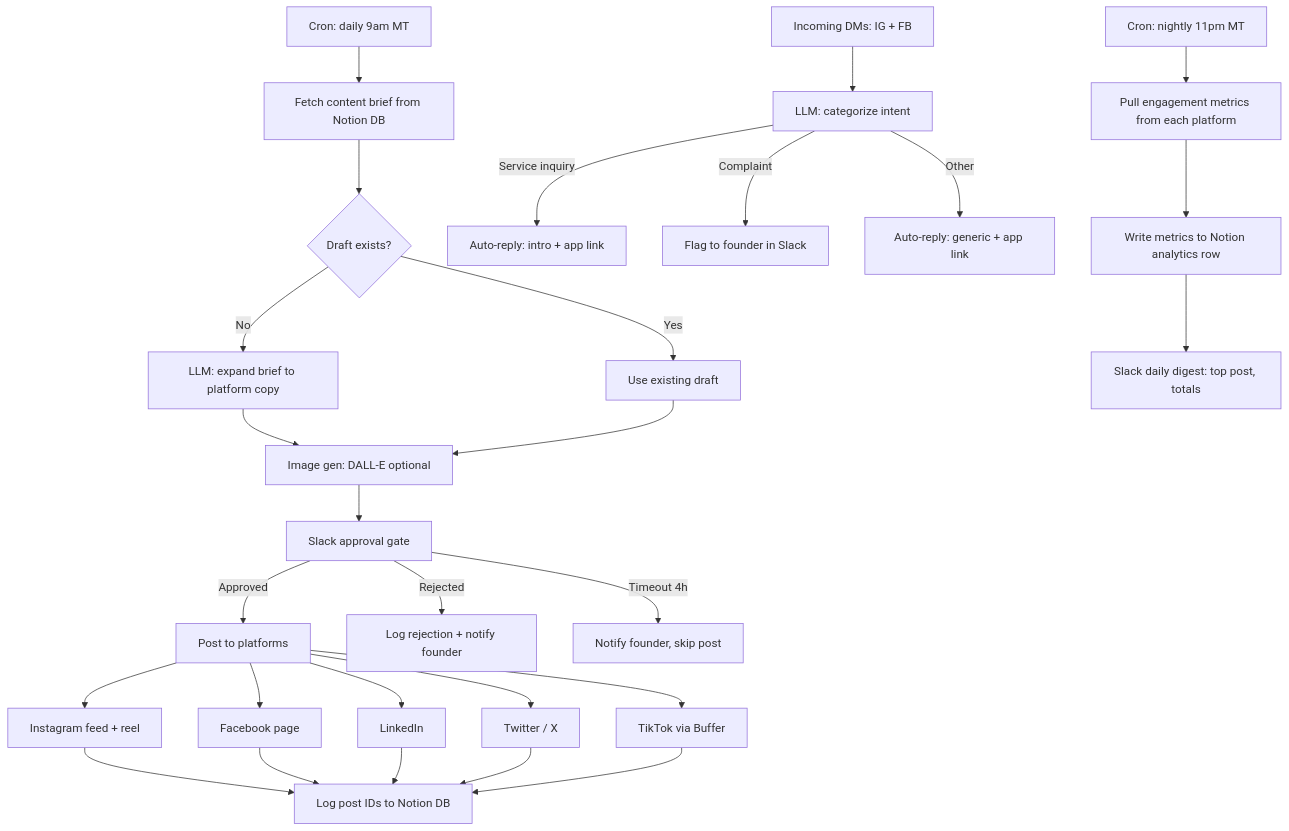
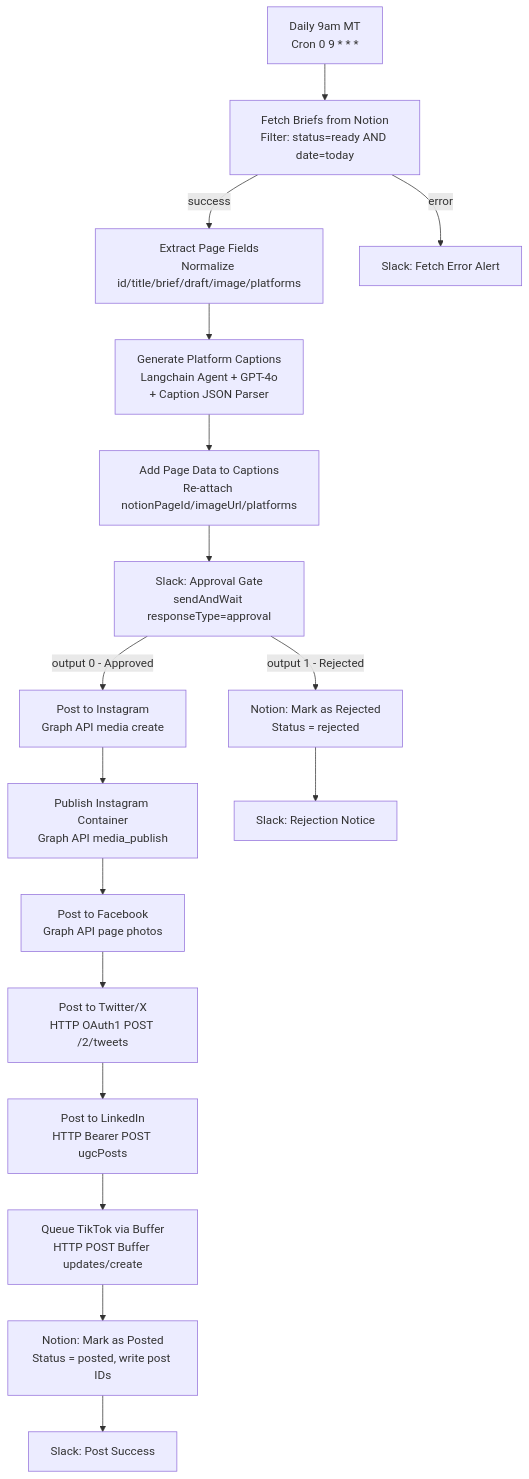
One commit to 4alkubati/SWINGBY changed the first of 3 diagrams in marketing/11-n8n-social-workflow.md. Above: the diagram before and after it, drawn with Mermaid. The commit also changed other lines of this file and 17 other files, not shown here.

````diff
--- a/marketing/11-n8n-social-workflow.md
+++ b/marketing/11-n8n-social-workflow.md
@@ -17,32 +31,19 @@
 ```mermaid
 graph TD
-    A[Cron: daily 9am MT] --> B[Fetch content brief from Notion DB]
-    B --> C{Draft exists?}
-    C -->|No| D[LLM: expand brief to platform copy]
-    C -->|Yes| E[Use existing draft]
-    D --> F[Image gen: DALL-E optional]
-    E --> F
-    F --> G[Slack approval gate]
-    G -->|Approved| H[Post to platforms]
-    G -->|Rejected| I[Log rejection + notify founder]
-    G -->|Timeout 4h| J[Notify founder, skip post]
-    H --> K1[Instagram feed + reel]
-    H --> K2[Facebook page]
-    H --> K3[LinkedIn]
-    H --> K4[Twitter / X]
-    H --> K5[TikTok via Buffer]
-    K1 --> L[Log post IDs to Notion DB]
-    K2 --> L
-    K3 --> L
-    K4 --> L
-    K5 --> L
-
-    M[Incoming DMs: IG + FB] --> N[LLM: categorize intent]
-    N -->|Service inquiry| O[Auto-reply: intro + app link]
-    N -->|Complaint| P[Flag to founder in Slack]
-    N -->|Other| Q[Auto-reply: generic + app link]
-
-    R[Cron: nightly 11pm MT] --> S[Pull engagement metrics from each platform]
-    S --> T[Write metrics to Notion analytics row]
-    T --> U[Slack daily digest: top post, totals]
+    A[Daily 9am MT\nCron 0 9 * * *] --> B[Fetch Briefs from Notion\nFilter: status=ready AND date=today]
+    B -->|success| C[Extract Page Fields\nNormalize id/title/brief/draft/image/platforms]
+    B -->|error| ERR1[Slack: Fetch Error Alert]
+    C --> D[Generate Platform Captions\nLangchain Agent + GPT-4o\n+ Caption JSON Parser]
+    D --> E[Add Page Data to Captions\nRe-attach notionPageId/imageUrl/platforms]
+    E --> F[Slack: Approval Gate\nsendAndWait responseType=approval]
+    F -->|output 0 - Approved| G[Post to Instagram\nGraph API media create]
+    F -->|output 1 - Rejected| R1[Notion: Mark as Rejected\nStatus = rejected]
+    G --> H[Publish Instagram Container\nGraph API media_publish]
+    H --> I[Post to Facebook\nGraph API page photos]
+    I --> J[Post to Twitter/X\nHTTP OAuth1 POST /2/tweets]
+    J --> K[Post to LinkedIn\nHTTP Bearer POST ugcPosts]
+    K --> L[Queue TikTok via Buffer\nHTTP POST Buffer updates/create]
+    L --> M[Notion: Mark as Posted\nStatus = posted, write post IDs]
+    M --> N[Slack: Post Success]
+    R1 --> R2[Slack: Rejection Notice]
 ```
````
